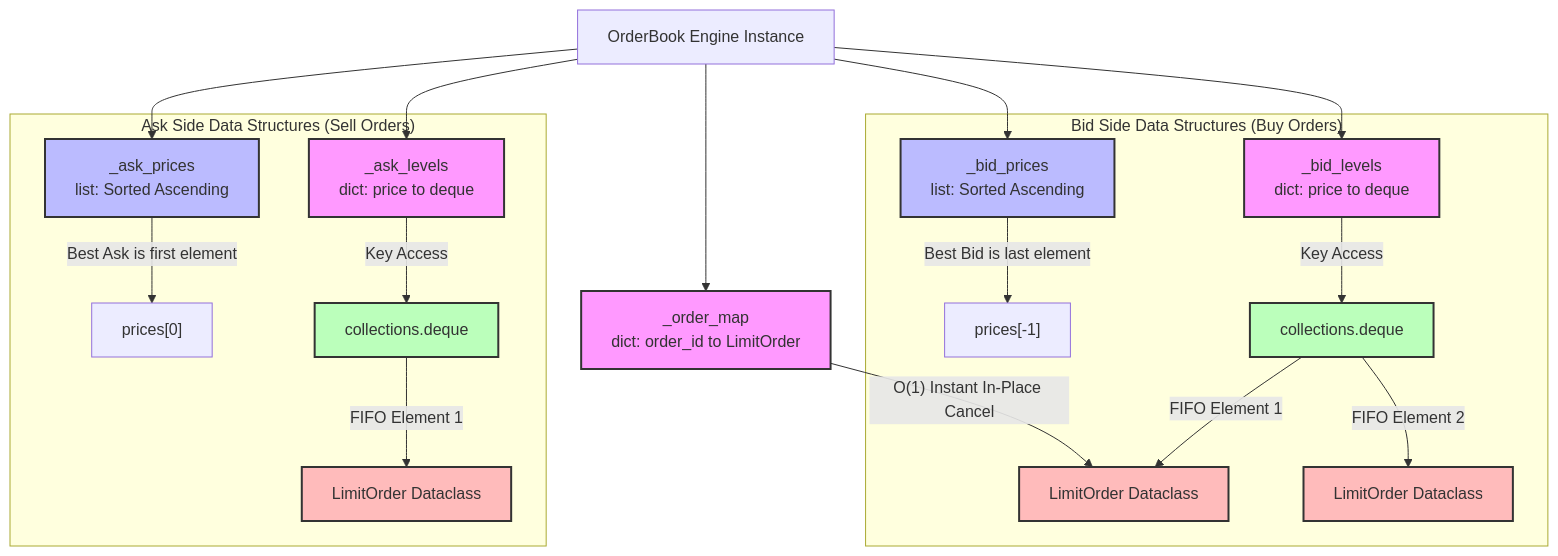
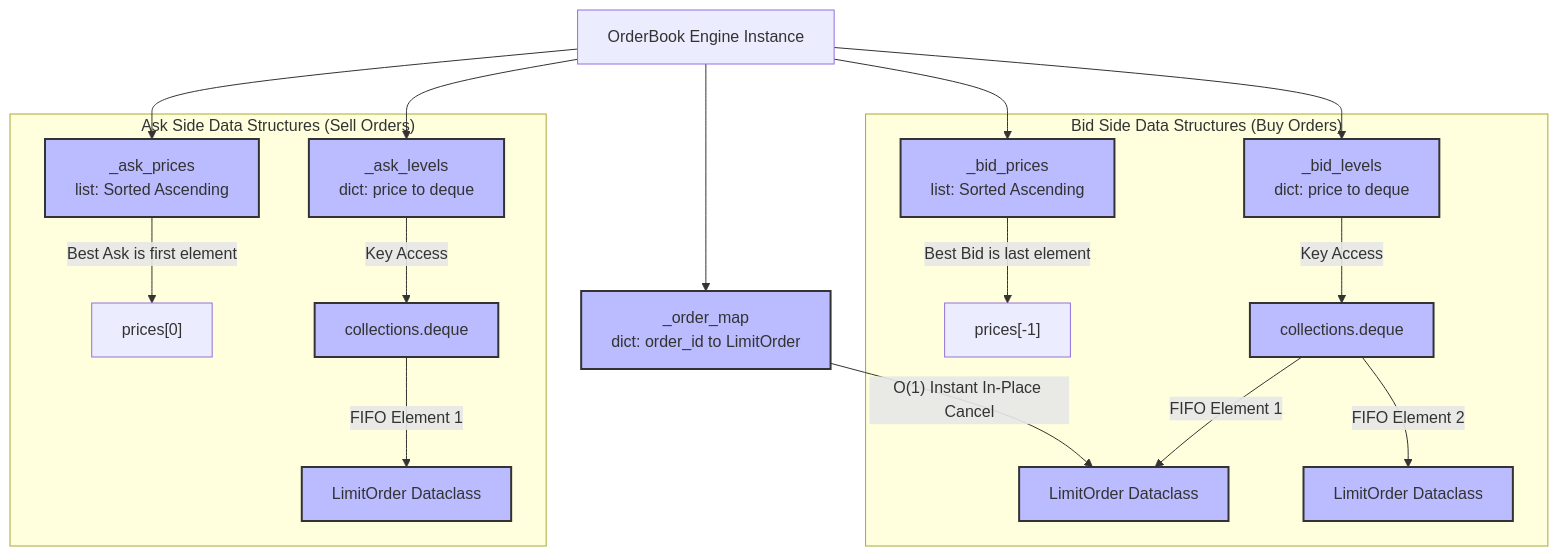
The diagram in README.md (MFarooq07/lob-matching-engine), drawn with Mermaid before and after one commit.

Commit message:
Update README with project overview and features

````diff
--- a/README.md
+++ b/README.md
@@ -9,40 +9,40 @@
 ```mermaid
 flowchart TD
     %% Style Formats
-    classDef mapStyle fill:#f9f,stroke:#333,stroke-width:2px;
+    classDef mapStyle fill:#bbf,stroke:#333,stroke-width:2px;
     classDef listStyle fill:#bbf,stroke:#333,stroke-width:2px;
-    classDef queueStyle fill:#bfb,stroke:#333,stroke-width:2px;
-    classDef modelStyle fill:#fbb,stroke:#333,stroke-width:2px;
+    classDef queueStyle fill:#bbf,stroke:#333,stroke-width:2px;
+    classDef modelStyle fill:#bbf,stroke:#333,stroke-width:2px;
 
     %% Base Structural Framework
     OrderBook[OrderBook Engine Instance] --> orderMap
     OrderBook --> bidPrices
     OrderBook --> bidLevels
     OrderBook --> askPrices
     OrderBook --> askLevels
 
     %% Core Map Lookup Index
     orderMap["_order_map<br>dict: order_id to LimitOrder"]:::mapStyle
     orderMap -->|"O(1) Instant In-Place Cancel"| loResting1
 
     %% Bid Side Data Configurations
     subgraph bid_side ["Bid Side Data Structures (Buy Orders)"]
         bidPrices["_bid_prices<br>list: Sorted Ascending"]:::listStyle
         bidLevels["_bid_levels<br>dict: price to deque"]:::mapStyle
         
         bidPrices -->|"Best Bid is last element"| bestBid["prices[-1]"]
         bidLevels -->|"Key Access"| bidDeque["collections.deque"]:::queueStyle
         bidDeque -->|"FIFO Element 1"| loResting1["LimitOrder Dataclass"]:::modelStyle
         bidDeque -->|"FIFO Element 2"| loResting2["LimitOrder Dataclass"]:::modelStyle
     end
 
     %% Ask Side Data Configurations
     subgraph ask_side ["Ask Side Data Structures (Sell Orders)"]
         askPrices["_ask_prices<br>list: Sorted Ascending"]:::listStyle
         askLevels["_ask_levels<br>dict: price to deque"]:::mapStyle
         
         askPrices -->|"Best Ask is first element"| bestAsk["prices[0]"]
         askLevels -->|"Key Access"| askDeque["collections.deque"]:::queueStyle
         askDeque -->|"FIFO Element 1"| loResting3["LimitOrder Dataclass"]:::modelStyle
     end
 ```
````
